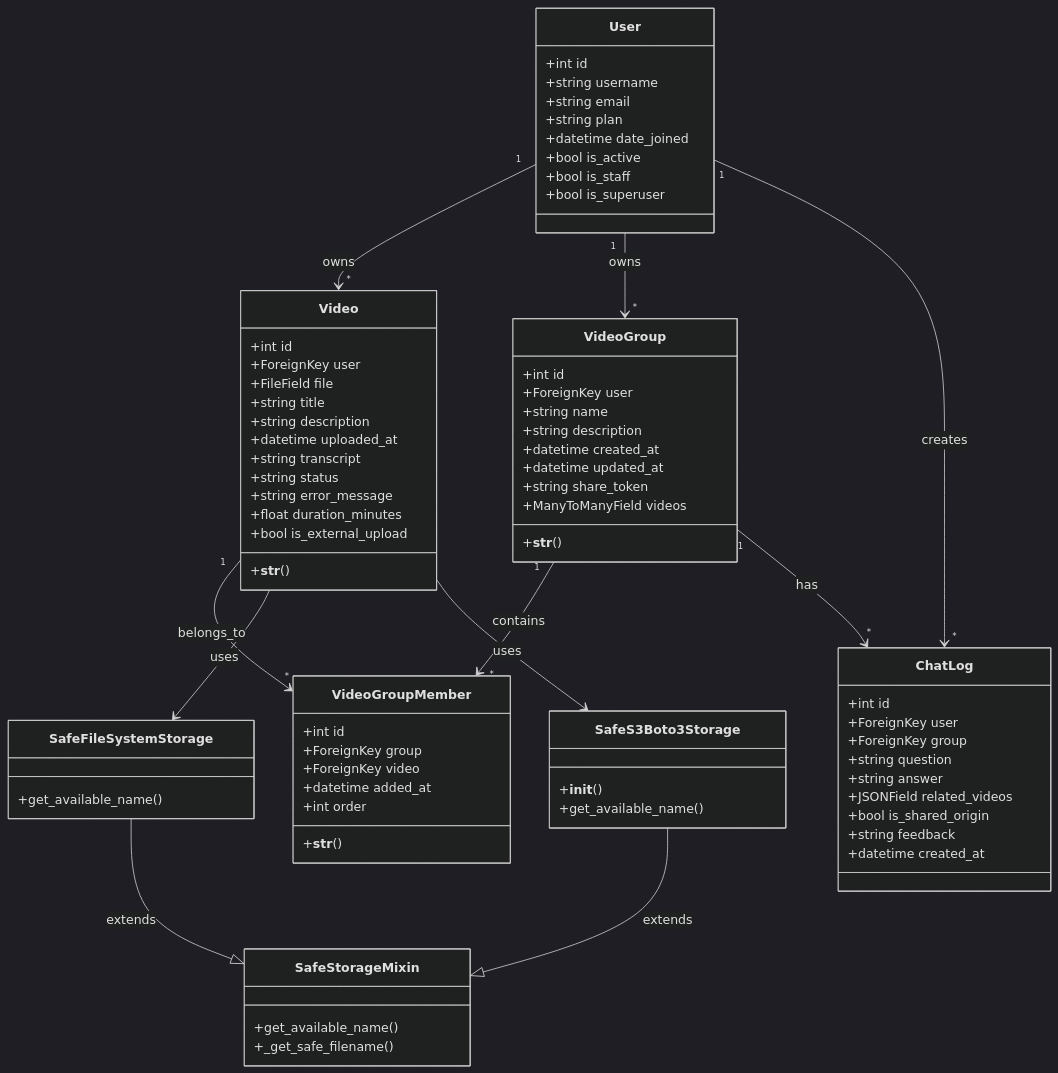
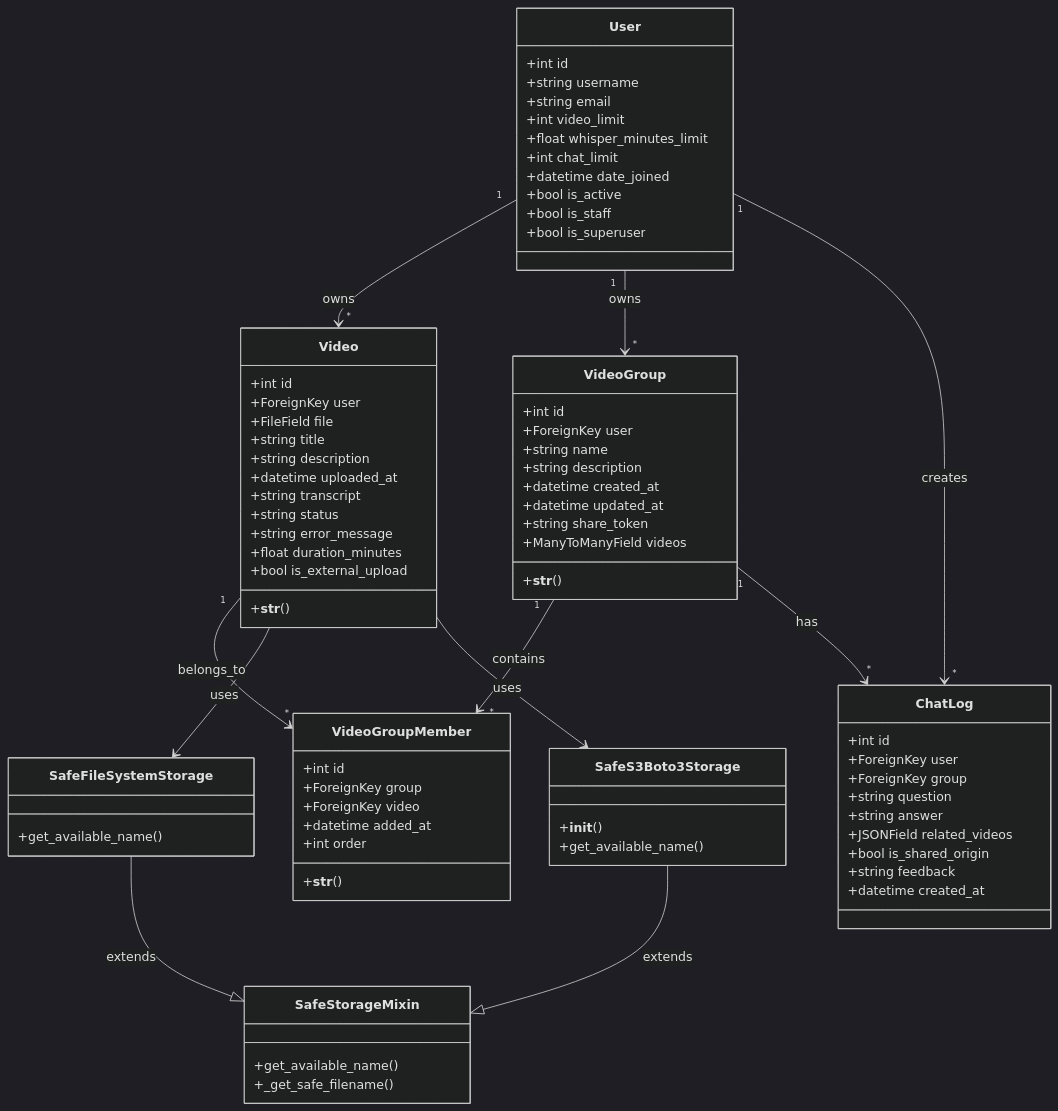
One commit to yukiharada1228/videoq changed the first of 3 diagrams in docs/design/class-diagram.md. Above: the diagram before and after it, drawn with Mermaid (dark theme). The commit also changed 3 other files, not shown here.

```diff
--- a/docs/design/class-diagram.md
+++ b/docs/design/class-diagram.md
@@ -12,7 +12,9 @@
         +int id
         +string username
         +string email
-        +string plan
+        +int video_limit
+        +float whisper_minutes_limit
+        +int chat_limit
         +datetime date_joined
         +bool is_active
         +bool is_staff
```
